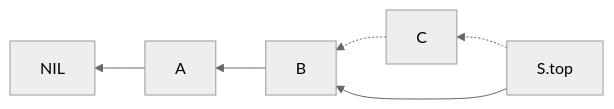
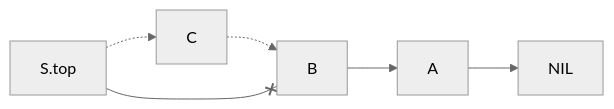
Before and after one commit to Eurydia/notes-singularity: the seventh of 15 diagrams in Computer science/Data structures/Stack.md, drawn with Mermaid (neutral theme). The commit also changed other lines of this file and 4 other files, not shown here.

````diff
--- a/Computer science/Data structures/Stack.md
+++ b/Computer science/Data structures/Stack.md
@@ -53,6 +56,5 @@
 	```mermaid
-	flowchart RL
-		C-.->B
-		S.top-.->C
-		S.top-->B-->A-->NIL
+	flowchart LR
+		S.top-.->C-.->B
+		S.top--xB-->A-->NIL
 	```
````
